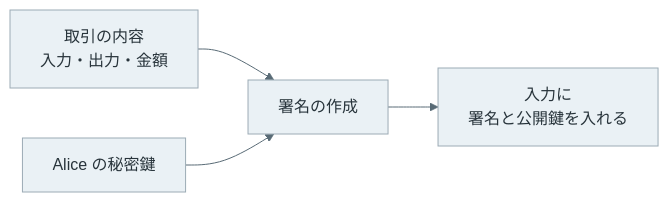
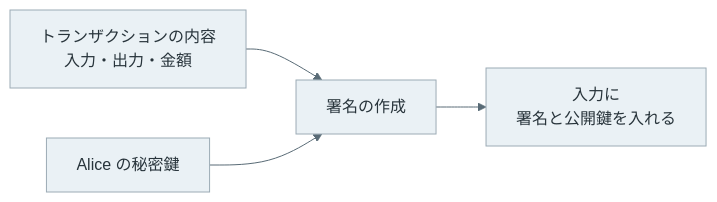
One commit to nao1215/debimate changed the second of 5 diagrams in content/notes/blockchain-systems/bitcoin-transaction-lifecycle/index.md. Above: the diagram before and after it, drawn with Mermaid. The commit also changed other lines of this file and 129 other files, not shown here.

````diff
--- a/content/notes/blockchain-systems/bitcoin-transaction-lifecycle/index.md
+++ b/content/notes/blockchain-systems/bitcoin-transaction-lifecycle/index.md
@@ -69,8 +69,8 @@
 ```mermaid
 %%{init: {"theme":"base","themeVariables":{"primaryColor":"#eaf1f5","primaryTextColor":"#28343b","primaryBorderColor":"#9cabb5","lineColor":"#596b76","textColor":"#28343b","actorBkg":"#eaf1f5","actorBorder":"#9cabb5","actorTextColor":"#28343b","actorLineColor":"#9cabb5","signalColor":"#596b76","signalTextColor":"#28343b","noteBkgColor":"#f7f1e5","noteBorderColor":"#c5b99b","noteTextColor":"#403c32","activationBkgColor":"#edf3ef","activationBorderColor":"#9aafa1"}}}%%
 flowchart LR
-    TXD["取引の内容<br/>入力・出力・金額"] --> S["署名の作成"]
+    TXD["トランザクションの内容<br/>入力・出力・金額"] --> S["署名の作成"]
     SK["Alice の秘密鍵"] --> S
     S --> IN["入力に<br/>署名と公開鍵を入れる"]
     classDef default fill:#eaf1f5,stroke:#9cabb5,color:#28343b;
 ```
````
